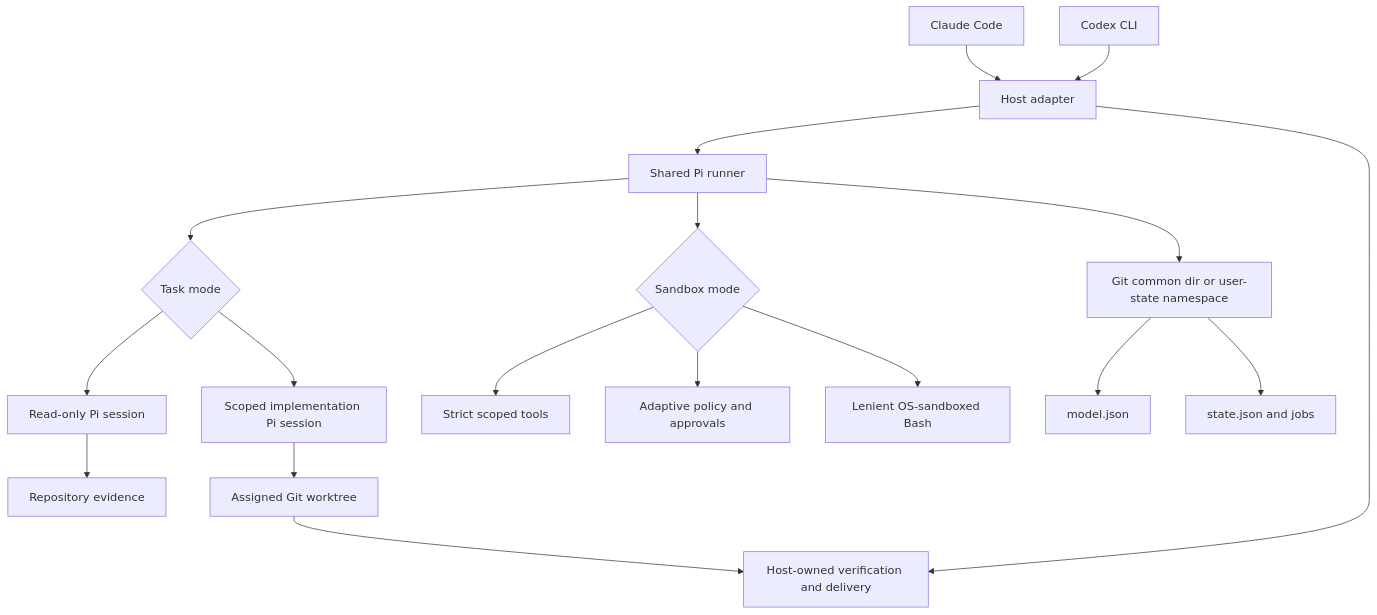
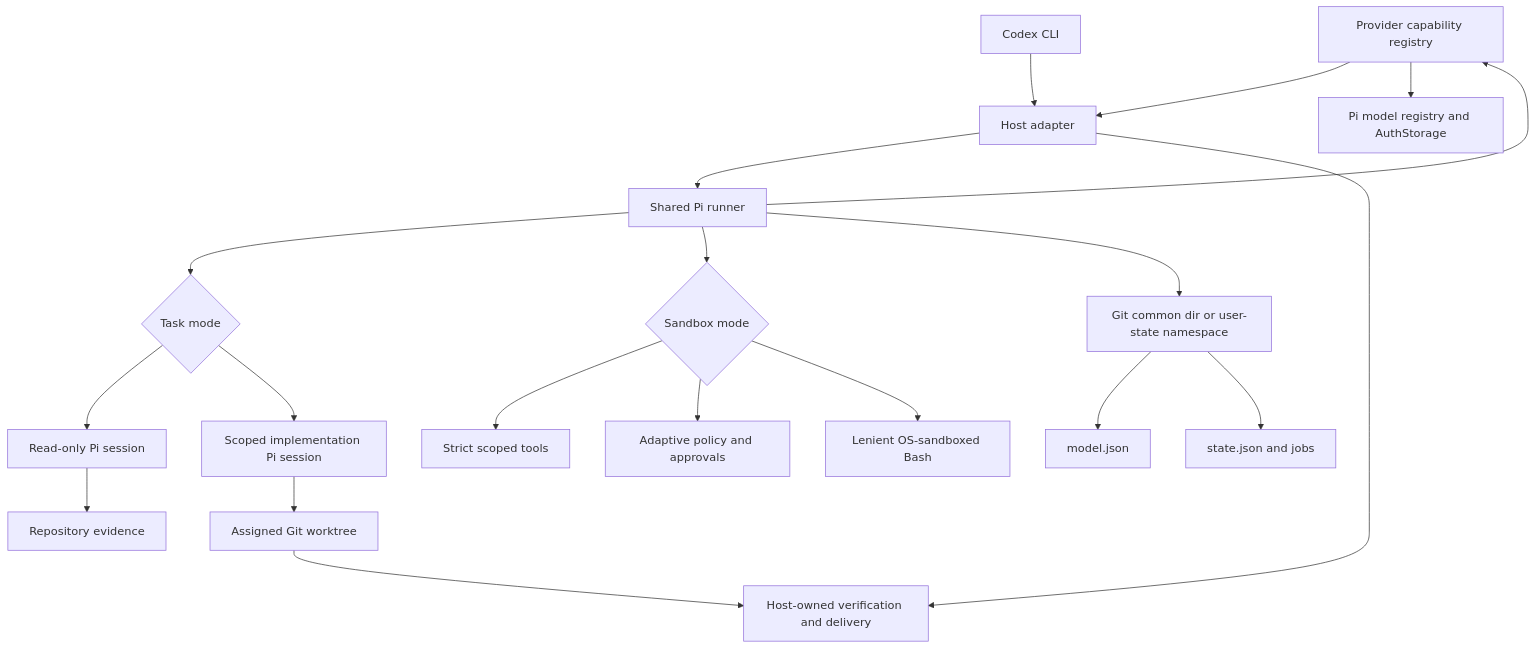
Before and after one commit to JiaWeiXie/swarm-pi-code-plugin: the diagram in docs/architecture.md, drawn with Mermaid. The commit also changed other lines of this file and 55 other files, not shown here.

Commit message:
feat: add provider capability configuration

````diff
--- a/docs/architecture.md
+++ b/docs/architecture.md
@@ -17,20 +17,22 @@
 ```mermaid
 flowchart TB
     C[Claude Code] --> H[Host adapter]
     X[Codex CLI] --> H
     H --> R[Shared Pi runner]
     R --> Q{Task mode}
     Q --> O[Read-only Pi session]
     Q --> I[Scoped implementation Pi session]
     O --> F[Repository evidence]
     I --> W[Assigned Git worktree]
     R --> B{Sandbox mode}
     B --> T[Strict scoped tools]
     B --> A[Adaptive policy and approvals]
     B --> L[Lenient OS-sandboxed Bash]
     R --> D[Git common dir or user-state namespace]
-    D --> M[model.json]
+    R --> C[Provider capability registry]
+    C --> PR[Pi model registry and AuthStorage]
+    D --> MF[model.json]
     D --> S[state.json and jobs]
     H --> V[Host-owned verification and delivery]
     W --> V
 ```
````
